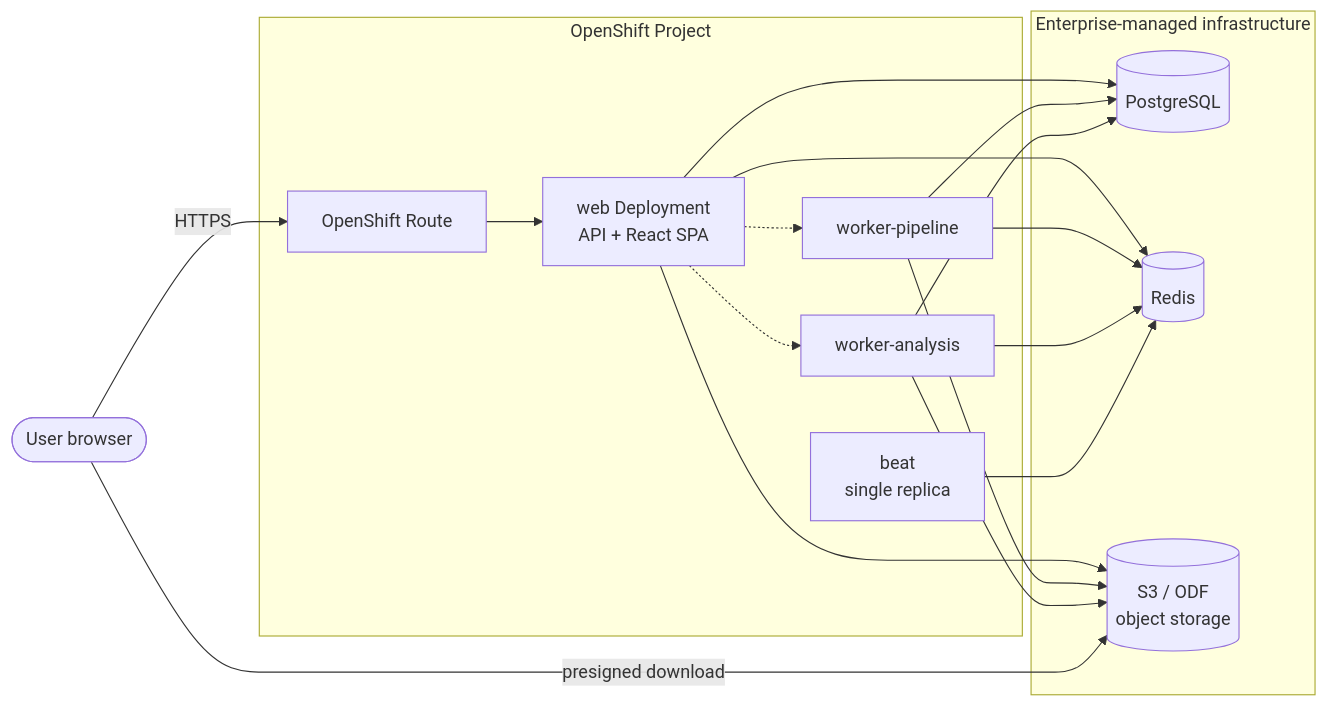
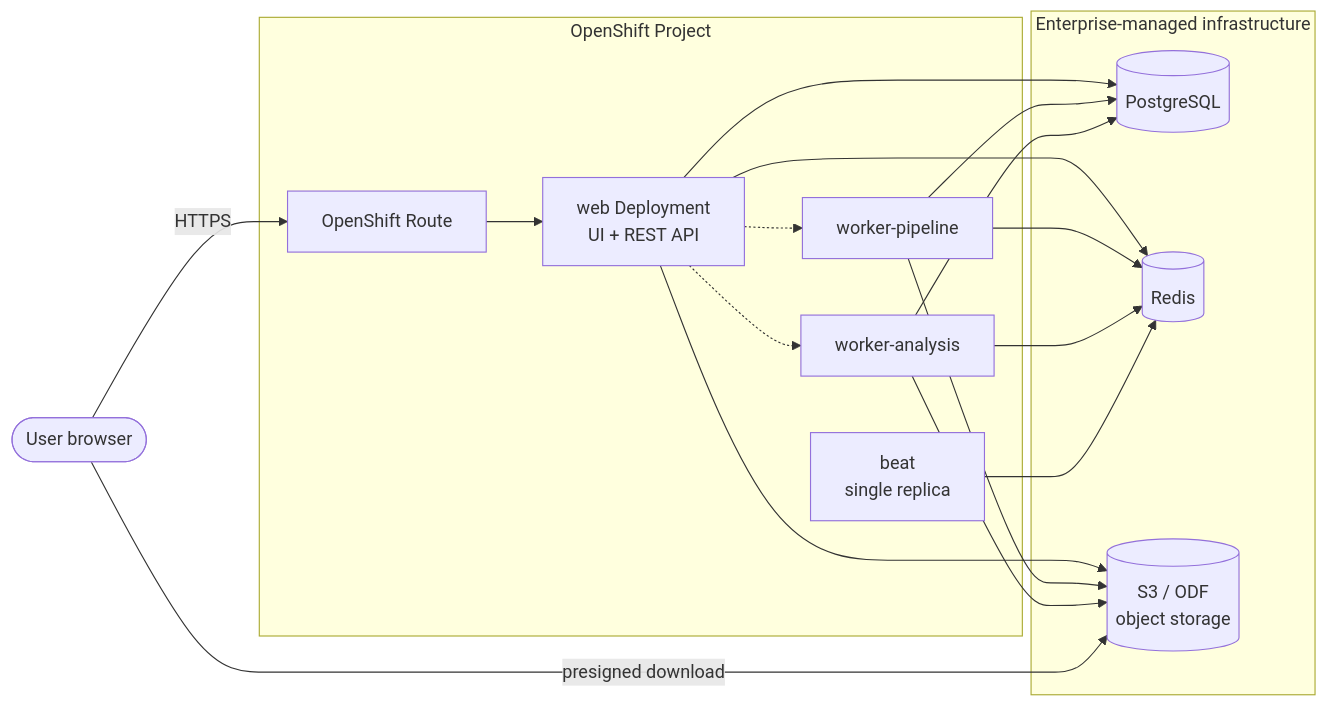
Before and after one commit to millsks/django-python-generate-sbom: the diagram in docs/deployment/openshift/index.md, drawn with Mermaid. The commit also changed other lines of this file and 27 other files, not shown here.

````diff
--- a/docs/deployment/openshift/index.md
+++ b/docs/deployment/openshift/index.md
@@ -67,26 +67,26 @@
 ```mermaid
 flowchart LR
     user([User browser]) -->|HTTPS| route[OpenShift Route]
     subgraph ocp[OpenShift Project]
-        route --> web[web Deployment<br/>API + React SPA]
+        route --> web[web Deployment<br/>UI + REST API]
         web -.-> worker1[worker-pipeline]
         web -.-> worker2[worker-analysis]
         beat[beat<br/>single replica]
     end
     subgraph ent[Enterprise-managed infrastructure]
         pg[(PostgreSQL)]
         redis[(Redis)]
         s3[(S3 / ODF<br/>object storage)]
     end
     web --> pg
     web --> redis
     web --> s3
     worker1 --> pg
     worker1 --> redis
     worker1 --> s3
     worker2 --> pg
     worker2 --> redis
     worker2 --> s3
     beat --> redis
     user -->|presigned download| s3
 ```
````
